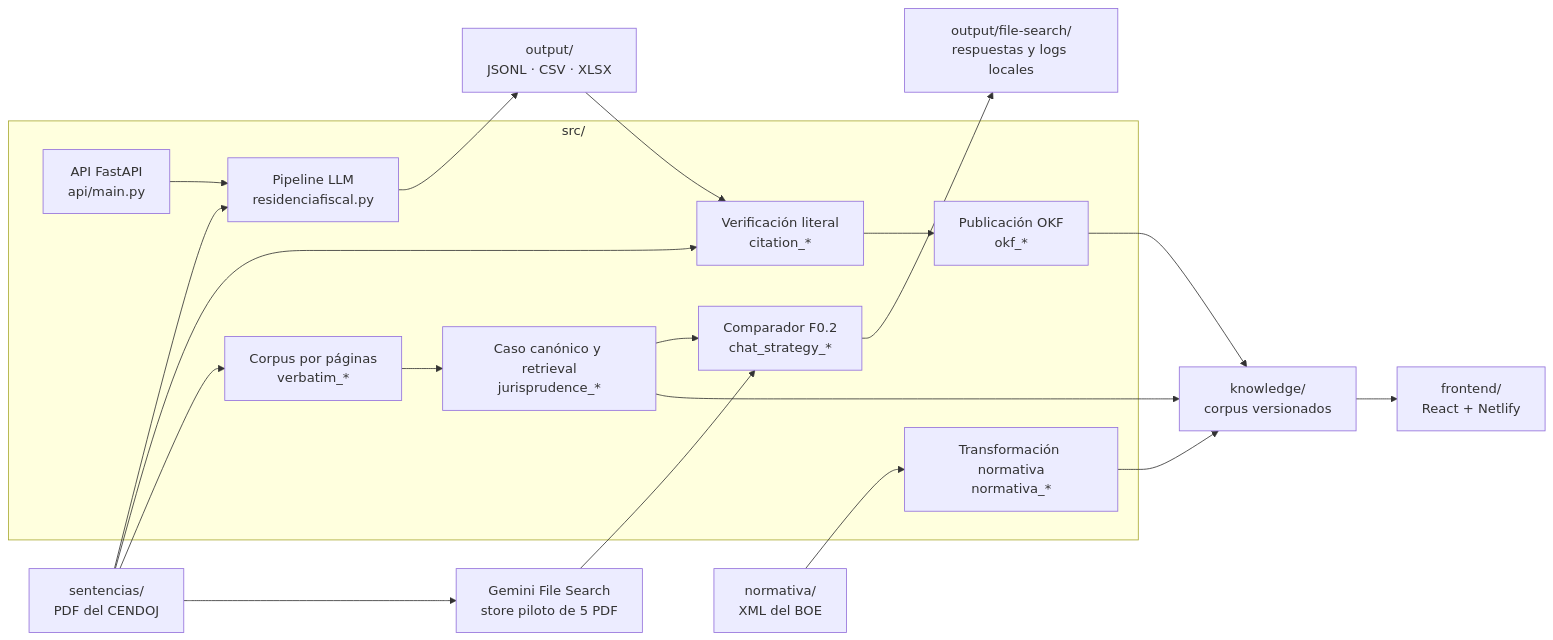
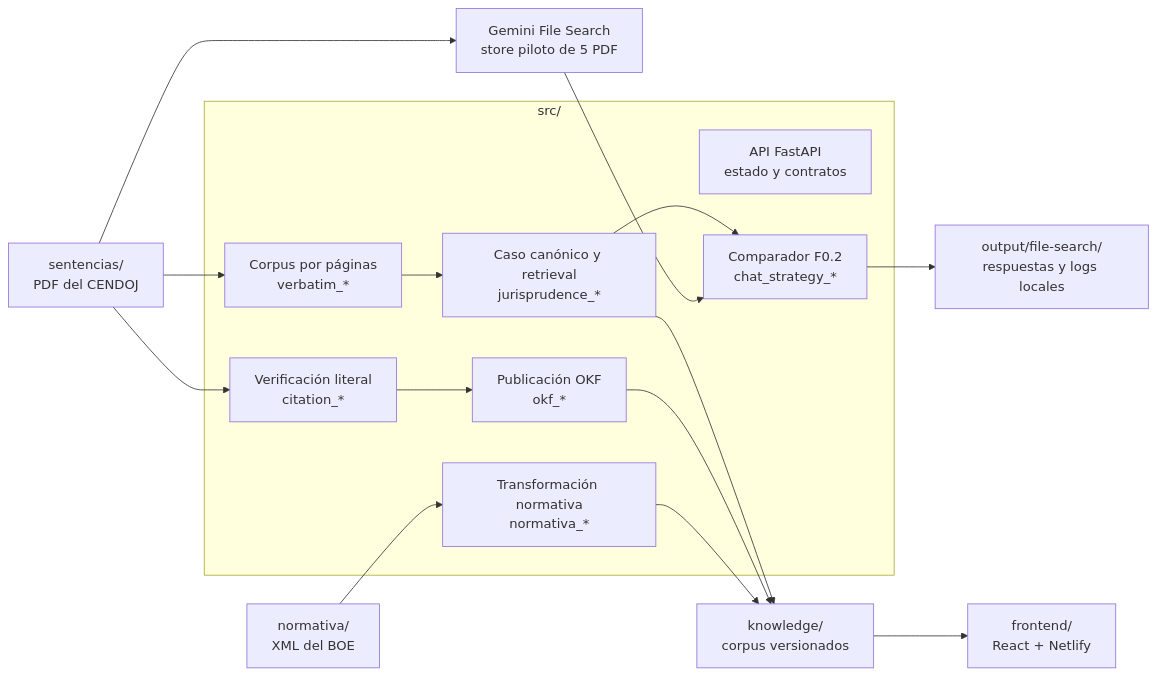
The diagram in docs/ARCHITECTURE.md (jmgb/residenciafiscal), drawn with Mermaid before and after one commit. The commit also changed other lines of this file and 44 other files, not shown here.

````diff
--- a/docs/ARCHITECTURE.md
+++ b/docs/ARCHITECTURE.md
@@ -13,32 +13,28 @@
 ```mermaid
 flowchart LR
-    PDF["sentencias/<br/>PDF del CENDOJ"] --> PIPELINE
+    PDF["sentencias/<br/>PDF del CENDOJ"]
     BOE["normativa/<br/>XML del BOE"] --> NORM
     PDF --> FILESEARCH["Gemini File Search<br/>store piloto de 5 PDF"]
 
     subgraph PYTHON["src/"]
-        PIPELINE["Pipeline LLM<br/>residenciafiscal.py"]
-        API["API FastAPI<br/>api/main.py"]
+        API["API FastAPI<br/>estado y contratos"]
         CITES["Verificación literal<br/>citation_*"]
         CASES["Caso canónico y retrieval<br/>jurisprudence_*"]
         OKF["Publicación OKF<br/>okf_*"]
         VERBATIM["Corpus por páginas<br/>verbatim_*"]
         NORM["Transformación normativa<br/>normativa_*"]
         CHAT["Comparador F0.2<br/>chat_strategy_*"]
     end
 
-    API --> PIPELINE
-    PIPELINE --> RUNS["output/<br/>JSONL · CSV · XLSX"]
-    RUNS --> CITES
     PDF --> CITES
     CITES --> OKF
     PDF --> VERBATIM
     VERBATIM --> CASES
     CASES --> CHAT
     FILESEARCH --> CHAT
     CHAT --> CHATOUT["output/file-search/<br/>respuestas y logs locales"]
     CASES --> KNOWLEDGE["knowledge/<br/>corpus versionados"]
     OKF --> KNOWLEDGE
     NORM --> KNOWLEDGE
     KNOWLEDGE --> WEB["frontend/<br/>React + Netlify"]
 ```
````
